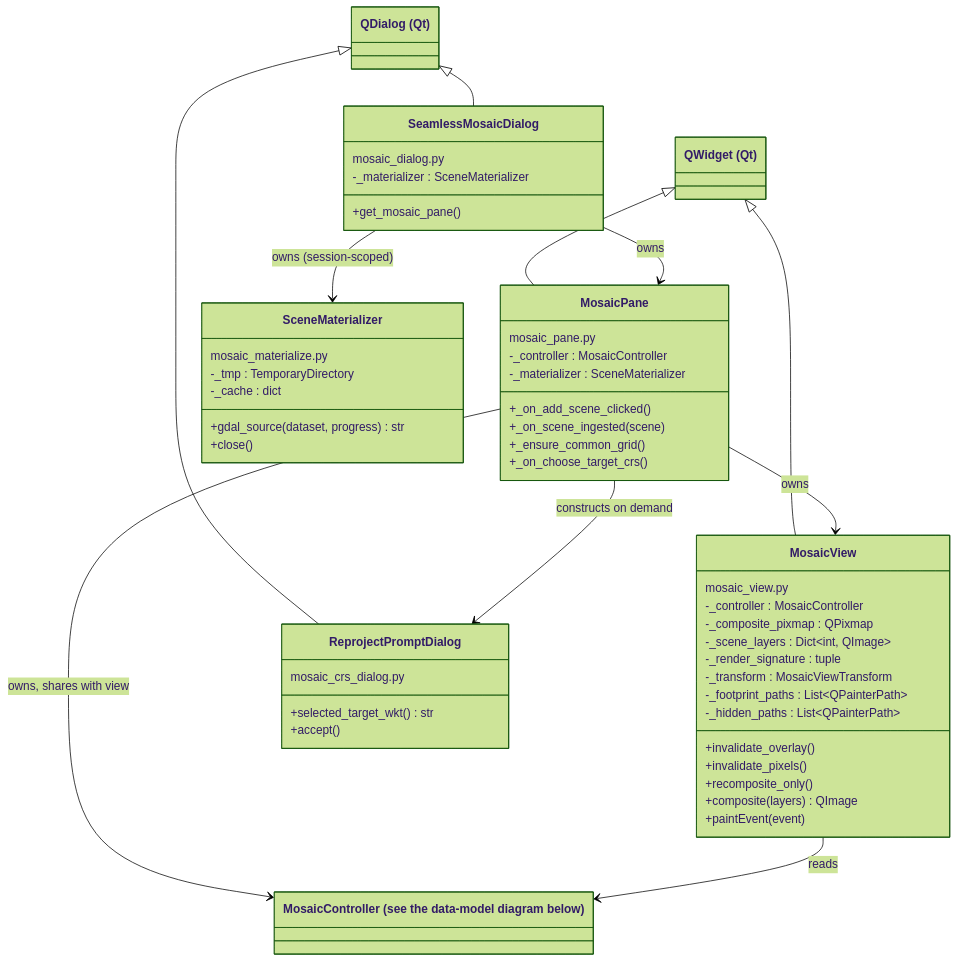
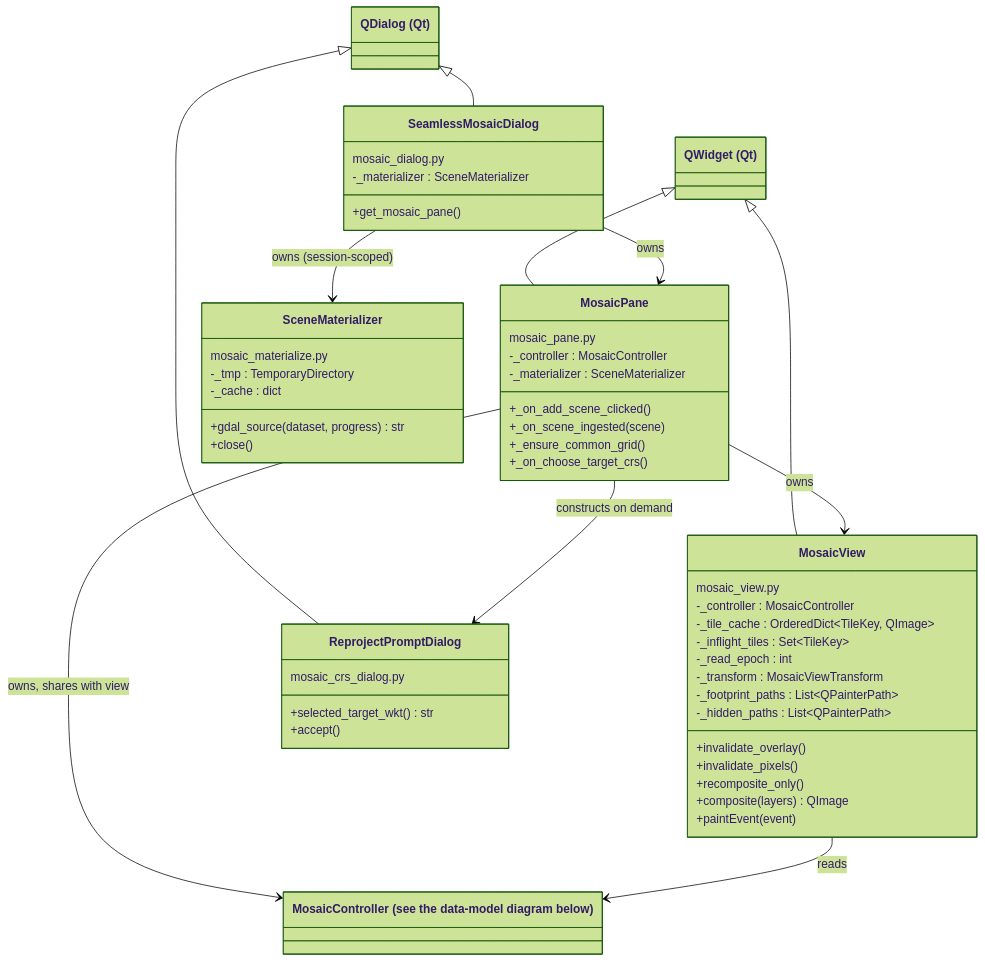
The first of 7 diagrams in doc/sphinx-general-wiser-docs/source/developer-content/mosaic-internals.md (Ehlmann-research-group/WISER), drawn with Mermaid (forest theme) before and after one commit. The commit also changed other lines of this file, not shown here.

Commit message:
doc: Updating mosaic-internals.md with changes to max zoom and render bucket

````diff
--- a/doc/sphinx-general-wiser-docs/source/developer-content/mosaic-internals.md
+++ b/doc/sphinx-general-wiser-docs/source/developer-content/mosaic-internals.md
@@ -81,66 +81,66 @@
 ```{mermaid}
 classDiagram
     direction TB
 
     class QDialog["QDialog (Qt)"]
     class QWidget["QWidget (Qt)"]
     class MosaicController["MosaicController (see the data-model diagram below)"]
 
     class SeamlessMosaicDialog {
         mosaic_dialog.py
         -_materializer : SceneMaterializer
         +get_mosaic_pane()
     }
 
     class MosaicPane {
         mosaic_pane.py
         -_controller : MosaicController
         -_materializer : SceneMaterializer
         +_on_add_scene_clicked()
         +_on_scene_ingested(scene)
         +_ensure_common_grid()
         +_on_choose_target_crs()
     }
 
     class MosaicView {
         mosaic_view.py
         -_controller : MosaicController
-        -_composite_pixmap : QPixmap
-        -_scene_layers : Dict~int, QImage~
-        -_render_signature : tuple
+        -_tile_cache : OrderedDict~TileKey, QImage~
+        -_inflight_tiles : Set~TileKey~
+        -_read_epoch : int
         -_transform : MosaicViewTransform
         -_footprint_paths : List~QPainterPath~
         -_hidden_paths : List~QPainterPath~
         +invalidate_overlay()
         +invalidate_pixels()
         +recomposite_only()
         +composite(layers) QImage
         +paintEvent(event)
     }
 
     class SceneMaterializer {
         mosaic_materialize.py
         -_tmp : TemporaryDirectory
         -_cache : dict
         +gdal_source(dataset, progress) str
         +close()
     }
 
     class ReprojectPromptDialog {
         mosaic_crs_dialog.py
         +selected_target_wkt() str
         +accept()
     }
 
     QDialog <|-- SeamlessMosaicDialog
     QDialog <|-- ReprojectPromptDialog
     QWidget <|-- MosaicPane
     QWidget <|-- MosaicView
 
     SeamlessMosaicDialog --> MosaicPane : owns
     SeamlessMosaicDialog --> SceneMaterializer : owns (session-scoped)
     MosaicPane --> MosaicView : owns
     MosaicPane --> ReprojectPromptDialog : constructs on demand
     MosaicPane --> MosaicController : owns, shares with view
     MosaicView --> MosaicController : reads
 ```
````
